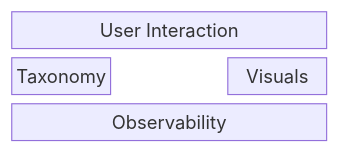
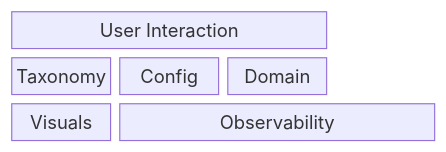
Before and after one commit to kvql/bunsceal: the second of 2 diagrams in docs/code-architecture.md, drawn with Mermaid. The commit also changed other lines of this file and 18 other files, not shown here.

````diff
--- a/docs/code-architecture.md
+++ b/docs/code-architecture.md
@@ -41,9 +41,10 @@
 ```mermaid
 block-beta
     columns 3
     cli["User Interaction"]:3
     tax["Taxonomy"]
-    space
+    cfg["Config"]
+    dom["Domain"]
     vis["Visuals"]
     o11y["Observability"]:3
 ```
````
